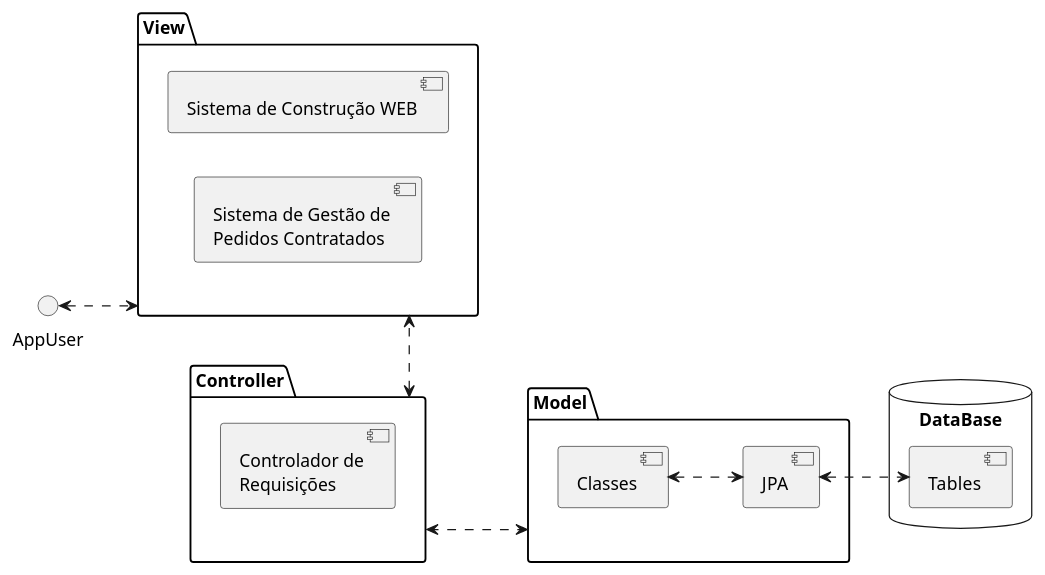
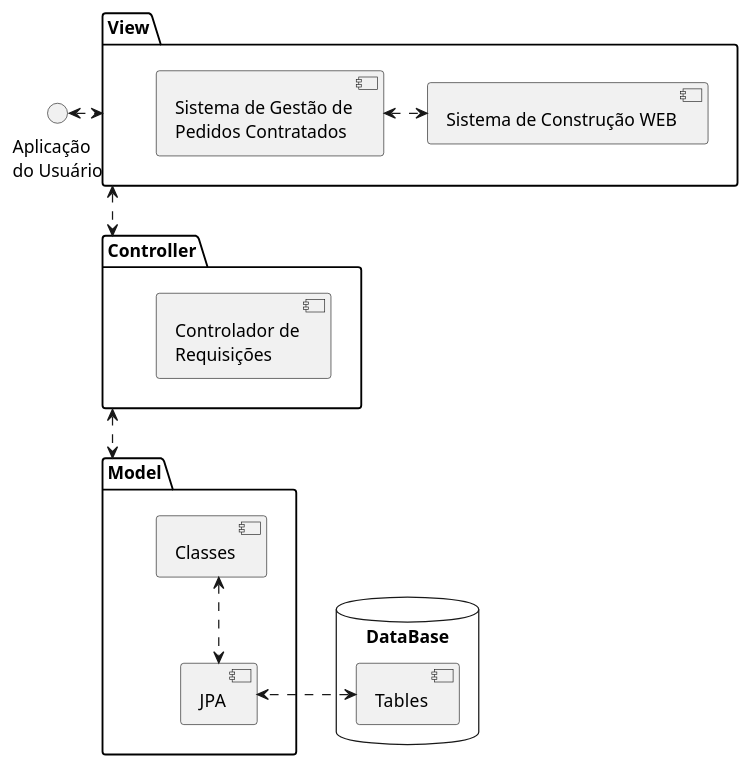
One commit to PhilippeVieira/AluguelCarros-LDS changed the diagram in projeto/PackageDiagram.puml. Above: the diagram before and after it, drawn with PlantUML. The commit also changed 1 other file, not shown here.

Commit message:
FIX PackageDiagram
- Correção no diagrama de Pacotes

```diff
--- a/projeto/PackageDiagram.puml
+++ b/projeto/PackageDiagram.puml
@@ -1,27 +1,27 @@
 @startuml
-left to right direction
 skinparam linetype ortho
     package View {
     [Sistema de Construção WEB] as SC
     [Sistema de Gestão de\nPedidos Contratados] as SG
 }
 package Controller {
          [Controlador de\nRequisições] as CTR
 }
 package Model {
     [Classes]
     [JPA]
 }
 database "DataBase" as DB {
     [Tables] as TB
 }
 
-AppUser <..> View
+"Aplicação\ndo Usuário" <.r.> View
 
-View <.l.> Controller
+View <..> Controller
 Model <.u.> Controller
 
 Classes <..> JPA
-JPA <..> TB
+JPA <.l.> TB
+SC <.l.> SG
 
 @enduml
```
